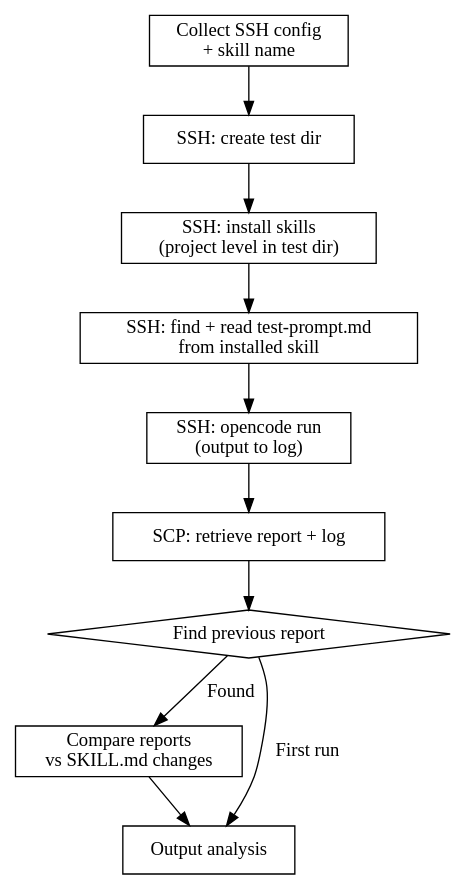
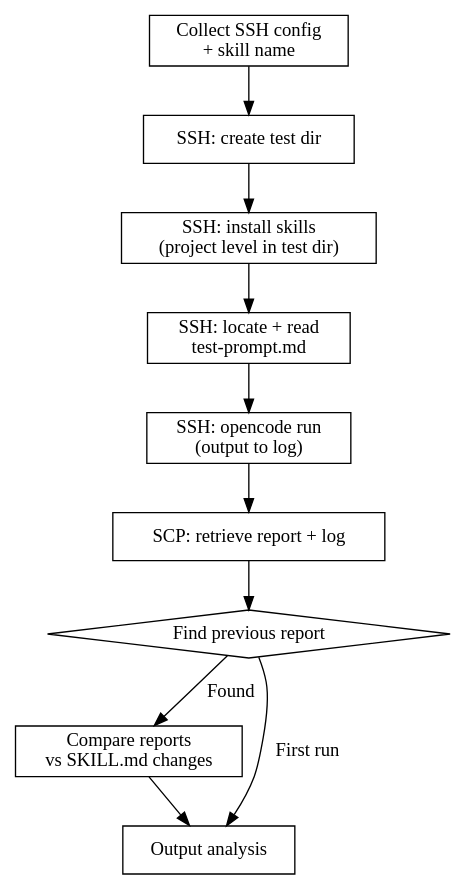
One commit to panlm/skills changed the diagram in others/remote-skill-test/SKILL.md. Above: the diagram before and after it, drawn with Graphviz. The commit also changed other lines of this file and 2 other files, not shown here.

Commit message:
remote-skill-test: replace find with known-path lookup for test-prompt.md (project-level then global)

````diff
--- a/others/remote-skill-test/SKILL.md
+++ b/others/remote-skill-test/SKILL.md
@@ -35,23 +35,23 @@
 ```dot
 digraph test_flow {
     "Collect SSH config\n+ skill name" [shape=box];
     "SSH: create test dir" [shape=box];
     "SSH: install skills\n(project level in test dir)" [shape=box];
-    "SSH: find + read test-prompt.md\nfrom installed skill" [shape=box];
+    "SSH: locate + read\ntest-prompt.md" [shape=box];
     "SSH: opencode run\n(output to log)" [shape=box];
     "SCP: retrieve report + log" [shape=box];
     "Find previous report" [shape=diamond];
     "Compare reports\nvs SKILL.md changes" [shape=box];
     "Output analysis" [shape=box];
 
     "Collect SSH config\n+ skill name" -> "SSH: create test dir";
     "SSH: create test dir" -> "SSH: install skills\n(project level in test dir)";
-    "SSH: install skills\n(project level in test dir)" -> "SSH: find + read test-prompt.md\nfrom installed skill";
-    "SSH: find + read test-prompt.md\nfrom installed skill" -> "SSH: opencode run\n(output to log)";
+    "SSH: install skills\n(project level in test dir)" -> "SSH: locate + read\ntest-prompt.md";
+    "SSH: locate + read\ntest-prompt.md" -> "SSH: opencode run\n(output to log)";
     "SSH: opencode run\n(output to log)" -> "SCP: retrieve report + log";
     "SCP: retrieve report + log" -> "Find previous report";
     "Find previous report" -> "Compare reports\nvs SKILL.md changes" [label="Found"];
     "Find previous report" -> "Output analysis" [label="First run"];
     "Compare reports\nvs SKILL.md changes" -> "Output analysis";
 }
 ```
````
